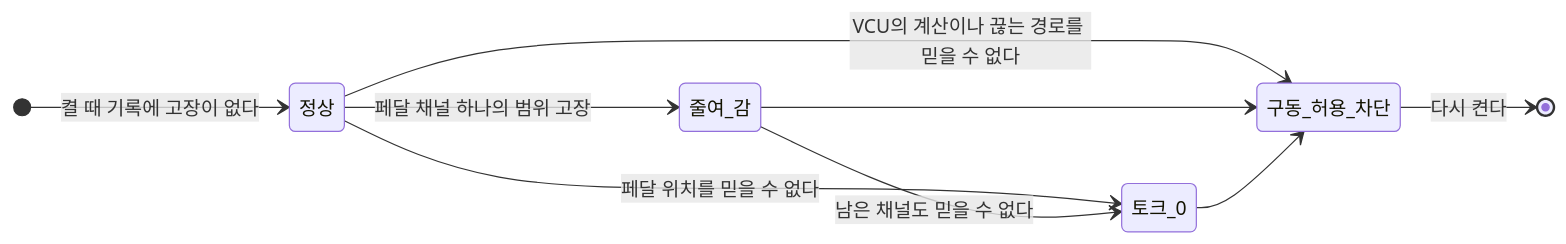
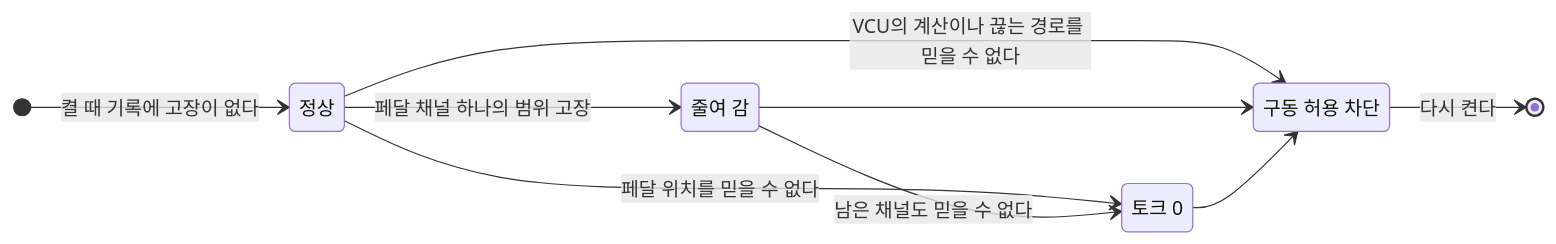
Before and after one commit to danielhongwoo/fusa: the diagram in example/drive-torque/docs/functional-safety-concept.md, drawn with Mermaid.

Commit message:
functional safety concept: 상태 그림의 이름을 띄어 쓴 표시로

````diff
--- a/example/drive-torque/docs/functional-safety-concept.md
+++ b/example/drive-torque/docs/functional-safety-concept.md
@@ -86,12 +86,16 @@
 ```mermaid
 stateDiagram-v2
     direction LR
-    [*] --> 정상: 켤 때 기록에 고장이 없다
-    정상 --> 줄여_감: 페달 채널 하나의 범위 고장
-    정상 --> 토크_0: 페달 위치를 믿을 수 없다
-    줄여_감 --> 토크_0: 남은 채널도 믿을 수 없다
-    정상 --> 구동_허용_차단: VCU의 계산이나 끊는 경로를 믿을 수 없다
-    줄여_감 --> 구동_허용_차단
-    토크_0 --> 구동_허용_차단
-    구동_허용_차단 --> [*]: 다시 켠다
+    state "정상" as NORMAL
+    state "줄여 감" as LIMP
+    state "토크 0" as ZERO
+    state "구동 허용 차단" as CUT
+    [*] --> NORMAL: 켤 때 기록에 고장이 없다
+    NORMAL --> LIMP: 페달 채널 하나의 범위 고장
+    NORMAL --> ZERO: 페달 위치를 믿을 수 없다
+    LIMP --> ZERO: 남은 채널도 믿을 수 없다
+    NORMAL --> CUT: VCU의 계산이나 끊는 경로를 믿을 수 없다
+    LIMP --> CUT
+    ZERO --> CUT
+    CUT --> [*]: 다시 켠다
 ```
````
